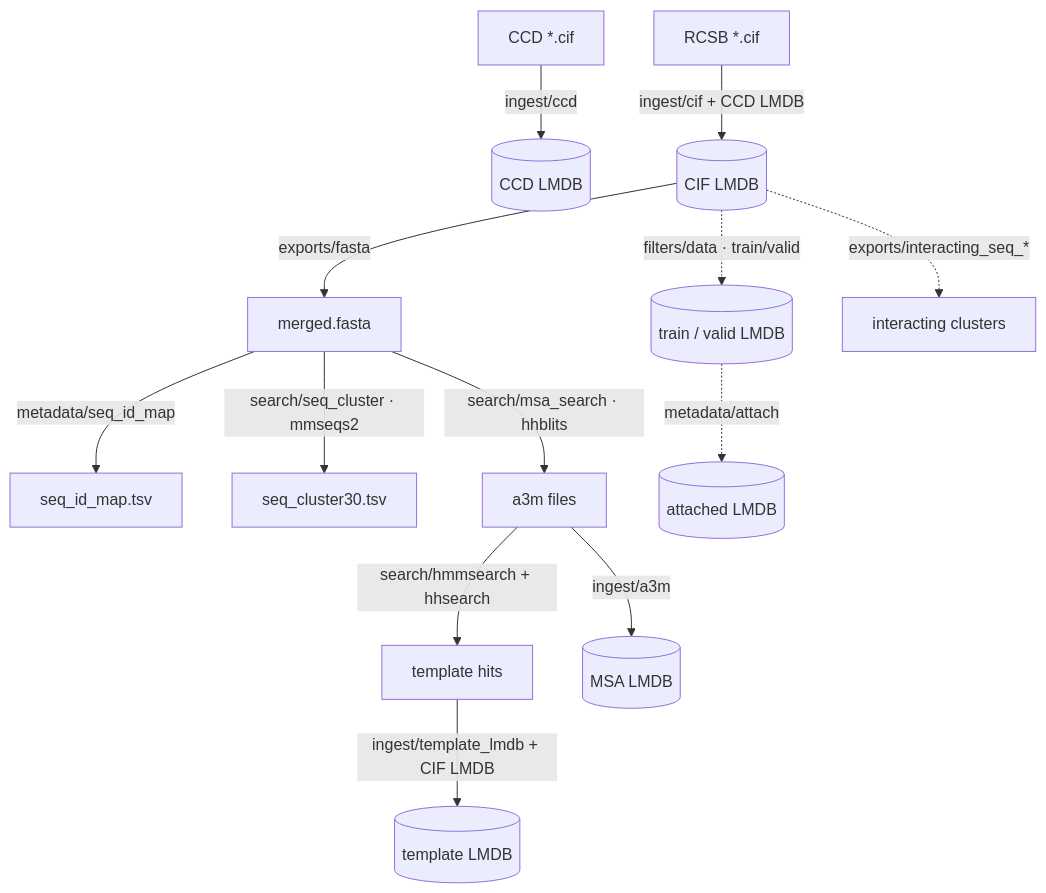
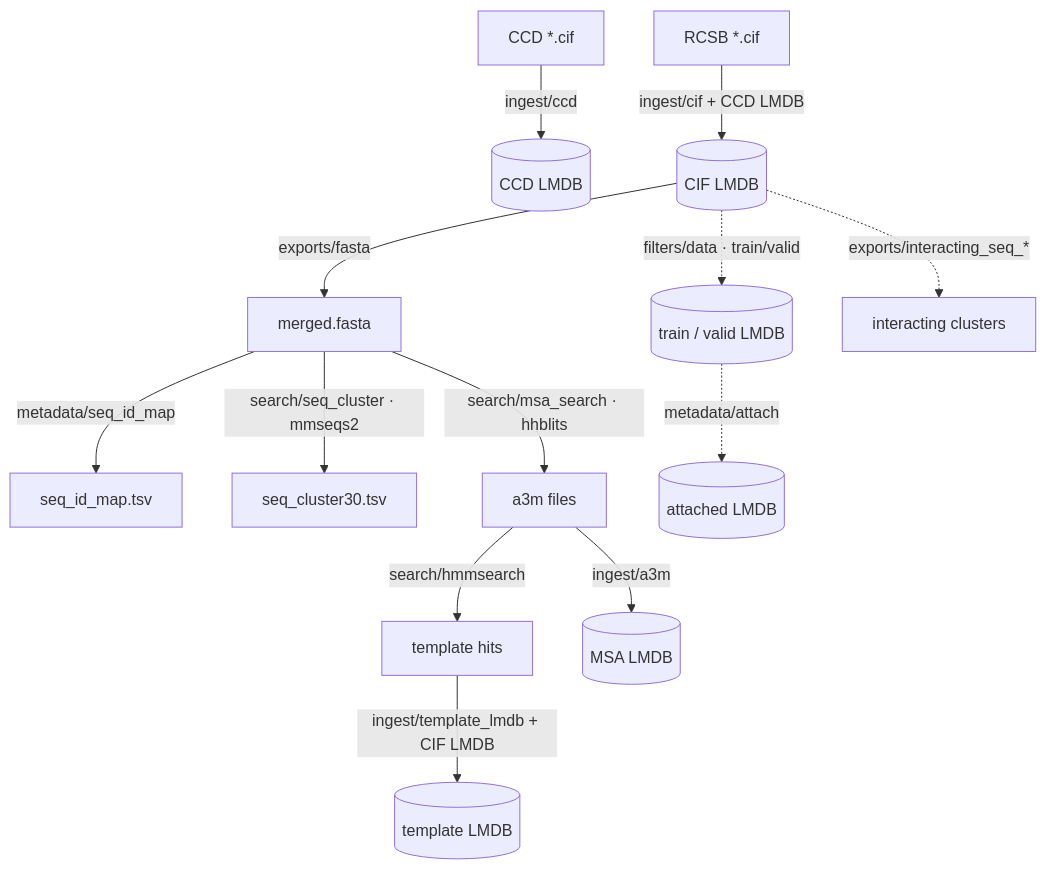
One commit to SanggeunParrk/StructCooker changed the diagram in docs_src/data-flow.md. Above: the diagram before and after it, drawn with Mermaid. The commit also changed other lines of this file and 18 other files, not shown here.

First line of the commit message:
chore: tidy for the end-to-end build; restore ccd schema; config resolution tests

````diff
--- a/docs_src/data-flow.md
+++ b/docs_src/data-flow.md
@@ -8,16 +8,16 @@
 ```mermaid
 flowchart TB
     ccd[CCD *.cif] -->|ingest/ccd| ccddb[(CCD LMDB)]
     cif[RCSB *.cif] -->|ingest/cif + CCD LMDB| cifdb[(CIF LMDB)]
     cifdb -->|exports/fasta| fasta[merged.fasta]
     fasta -->|metadata/seq_id_map| sid[seq_id_map.tsv]
     fasta -->|search/seq_cluster · mmseqs2| clu[seq_cluster30.tsv]
     fasta -->|search/msa_search · hhblits| a3m[a3m files]
-    a3m -->|search/hmmsearch + hhsearch| hmm[template hits]
+    a3m -->|search/hmmsearch| hmm[template hits]
     a3m -->|ingest/a3m| msadb[(MSA LMDB)]
     hmm -->|ingest/template_lmdb + CIF LMDB| tmpldb[(template LMDB)]
 
     cifdb -.->|filters/data · train/valid| split[(train / valid LMDB)]
     split -.->|metadata/attach| att[(attached LMDB)]
     cifdb -.->|exports/interacting_seq_*| inter[interacting clusters]
 ```
````
